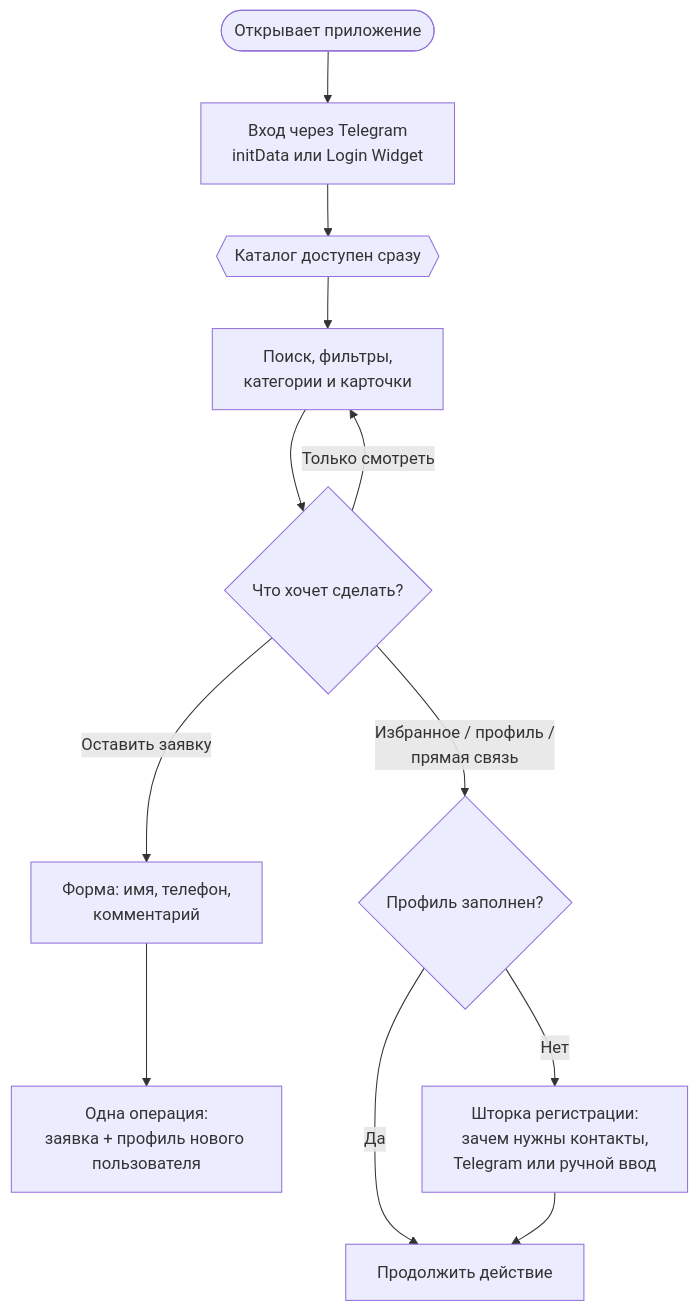
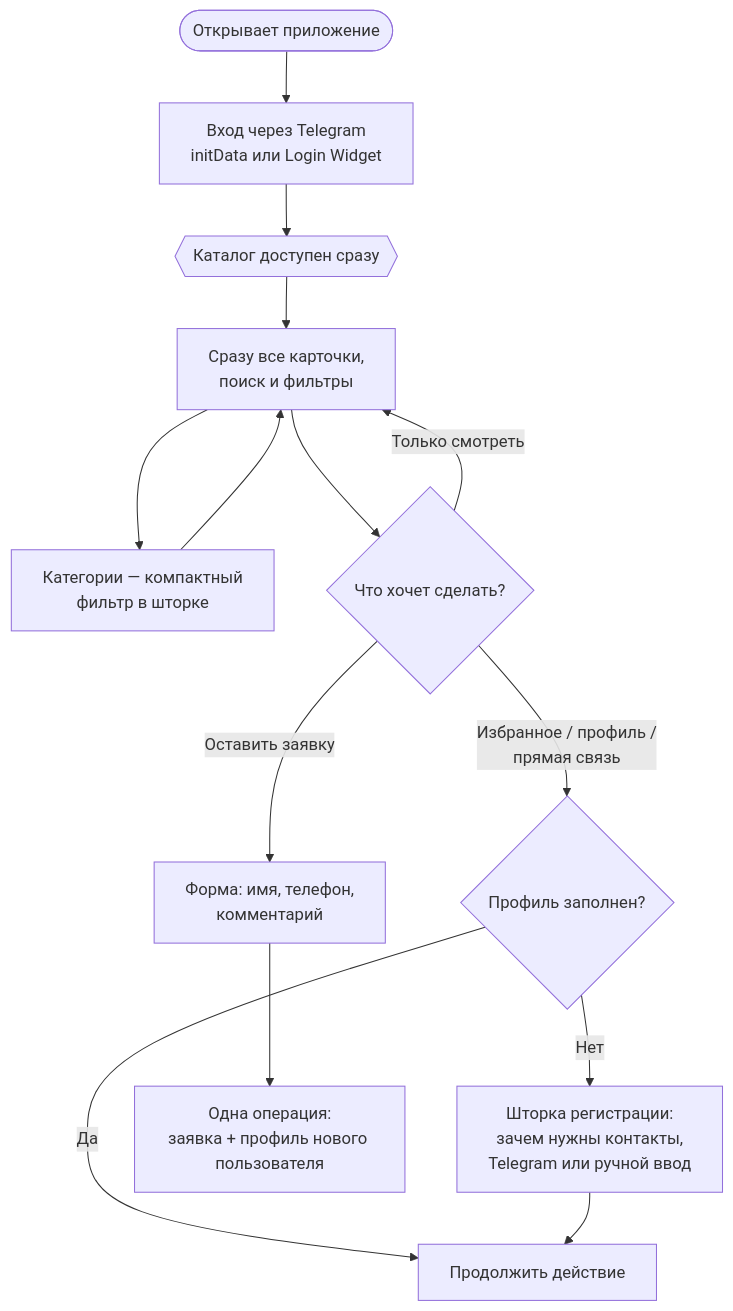
The first of 4 diagrams in USER_FLOW.md (bullbashechka/AgroMarketKZ), drawn with Mermaid before and after one commit. The commit also changed 7 other files, not shown here.

````diff
--- a/USER_FLOW.md
+++ b/USER_FLOW.md
@@ -9,14 +9,16 @@
 ```mermaid
 flowchart TD
 Open([Открывает приложение]) --> Auth[Вход через Telegram<br/>initData или Login Widget]
 Auth --> Catalog{{Каталог доступен сразу}}
-Catalog --> Browse[Поиск, фильтры,<br/>категории и карточки]
+Catalog --> Browse[Сразу все карточки,<br/>поиск и фильтры]
+Browse --> Category[Категории — компактный<br/>фильтр в шторке]
+Category --> Browse
 Browse --> Intent{Что хочет сделать?}
 Intent -->|Только смотреть| Browse
 Intent -->|Оставить заявку| Request[Форма: имя, телефон,<br/>комментарий]
 Intent -->|Избранное / профиль /<br/>прямая связь| Registered{Профиль заполнен?}
 Registered -->|Да| Continue[Продолжить действие]
 Registered -->|Нет| Reg[Шторка регистрации:<br/>зачем нужны контакты,<br/>Telegram или ручной ввод]
 Reg --> Continue
 Request --> Atomic[Одна операция:<br/>заявка + профиль нового пользователя]
 ```
````
